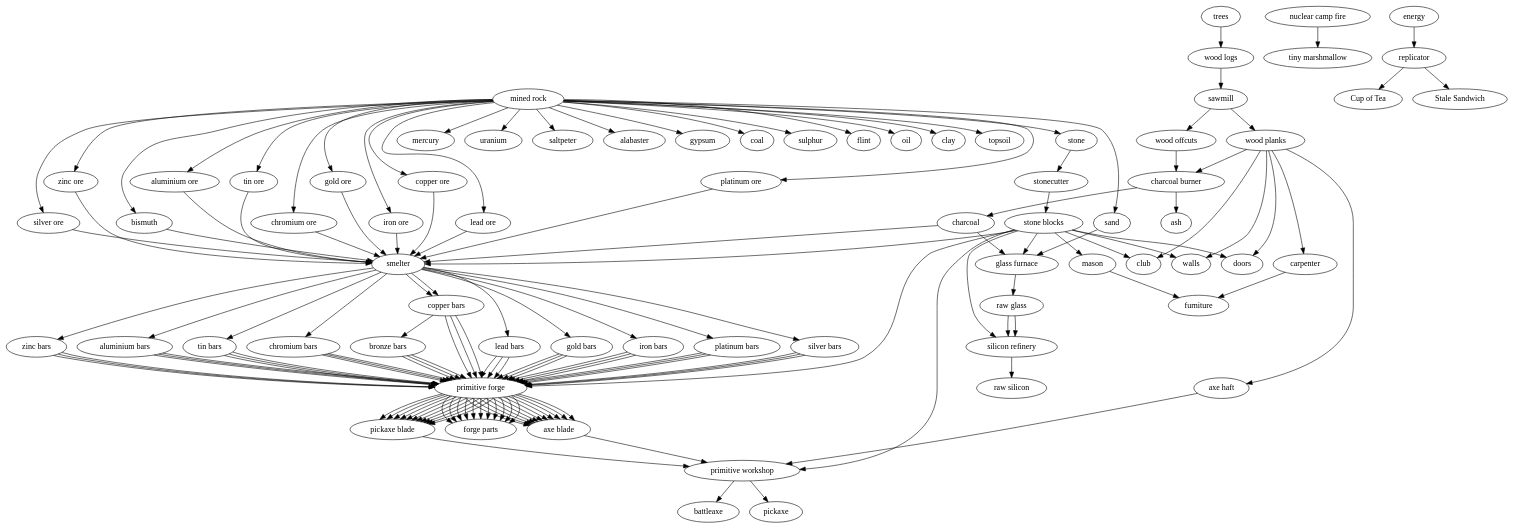
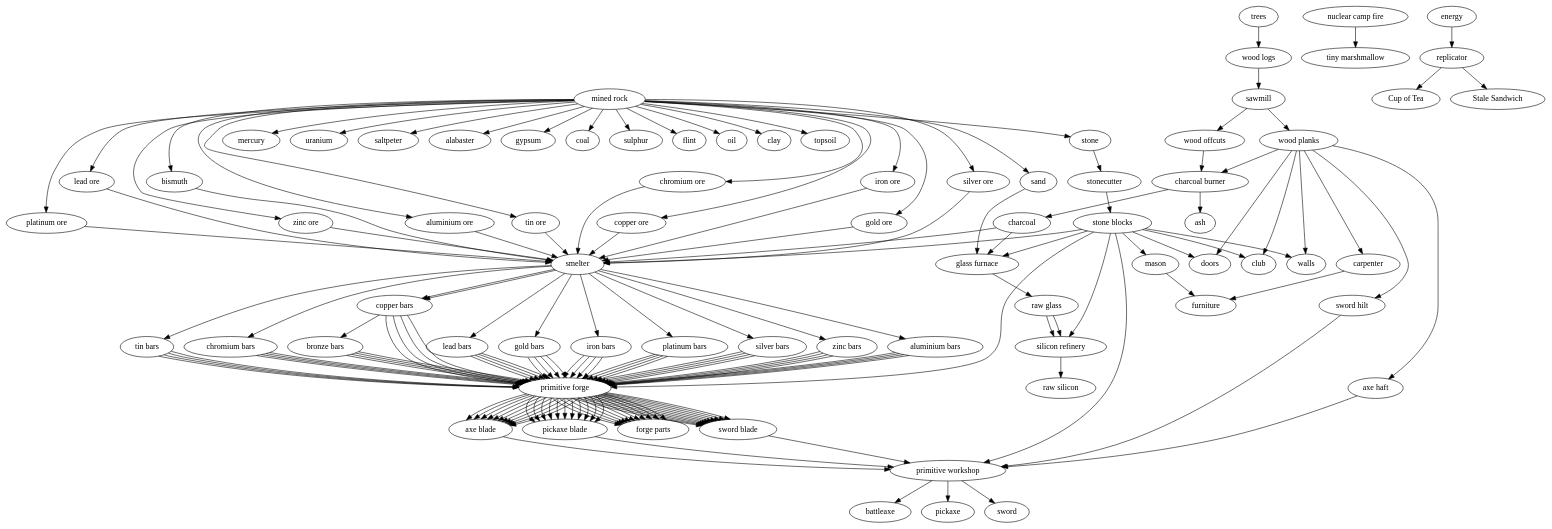
Before and after one commit to thebracket/bgame: the diagram in screenshots/tech-tree.gv, drawn with Graphviz. The commit also changed 6 other files, not shown here.

```diff
--- a/screenshots/tech-tree.gv
+++ b/screenshots/tech-tree.gv
@@ -1,112 +1,127 @@
 digraph G {
 	trees -> "wood logs" -> sawmill -> "wood planks" -> carpenter -> furniture
 	"wood planks" -> "charcoal burner"
 	"wood planks" -> walls
 	"wood planks" -> doors
 	"wood planks" -> club
 	"wood planks" -> "axe haft"
+	"wood planks" -> "sword hilt"
 	sawmill -> "wood offcuts" -> "charcoal burner" -> charcoal
 	"charcoal burner" -> ash
 
 	stone -> stonecutter -> "stone blocks" -> mason -> furniture
 	"stone blocks" -> "glass furnace"
 	"stone blocks" -> smelter
 	"stone blocks" -> walls
 	"stone blocks" -> doors
 	"stone blocks" -> club
 
 	sand -> "glass furnace" -> "raw glass"
 	"raw glass" -> "silicon refinery"
 	"stone blocks" -> "silicon refinery"
 	"raw glass" -> "silicon refinery" -> "raw silicon"
 
 	charcoal -> smelter
 	charcoal -> "glass furnace"
 
 	"stone blocks" -> "primitive forge"
 	"stone blocks" -> "primitive workshop"
 
 	"mined rock" -> stone
 	"mined rock" -> "aluminium ore"
 	"mined rock" -> "tin ore"
 	"mined rock" -> "chromium ore"
 	"mined rock" -> "copper ore"
 	"mined rock" -> "lead ore"
 	"mined rock" -> "gold ore"
 	"mined rock" -> "iron ore"
 	"mined rock" -> "platinum ore"
 	"mined rock" -> "silver ore"
 	"mined rock" -> "zinc ore"
 	"mined rock" -> bismuth
 	"mined rock" -> mercury
 	"mined rock" -> uranium
 	"mined rock" -> saltpeter
 	"mined rock" -> alabaster
 	"mined rock" -> gypsum
 	"mined rock" -> coal
 	"mined rock" -> sulphur
 	"mined rock" -> flint
 	"mined rock" -> sand
 	"mined rock" -> oil
 	"mined rock" -> clay
 	"mined rock" -> topsoil
 
 	"aluminium ore" -> smelter -> "aluminium bars"
 	"tin ore" -> smelter -> "tin bars"
 	"chromium ore" -> smelter -> "chromium bars"
 	"copper ore" -> smelter -> "copper bars"
 	"lead ore" -> smelter -> "lead bars"
 	"gold ore" -> smelter -> "gold bars"
 	"iron ore" -> smelter -> "iron bars"
 	"platinum ore" -> smelter -> "platinum bars"
 	"silver ore" -> smelter -> "silver bars"
 	"zinc ore" -> smelter -> "zinc bars"
 
 	bismuth -> smelter -> "copper bars" -> "bronze bars"
 
 	"nuclear camp fire" -> "tiny marshmallow"
 
 	energy -> replicator
 	replicator -> "Cup of Tea"
 	replicator -> "Stale Sandwich"
 
 	"aluminium bars" -> "primitive forge" -> "axe blade"
 	"tin bars" -> "primitive forge" -> "axe blade"
 	"chromium bars" -> "primitive forge" -> "axe blade"
 	"copper bars" -> "primitive forge" -> "axe blade"
 	"lead bars" -> "primitive forge" -> "axe blade"
 	"gold bars" -> "primitive forge" -> "axe blade"
 	"iron bars" -> "primitive forge" -> "axe blade"
 	"platinum bars" -> "primitive forge" -> "axe blade"
 	"silver bars" -> "primitive forge" -> "axe blade"
 	"zinc bars" -> "primitive forge" -> "axe blade"
 	"bronze bars" -> "primitive forge" -> "axe blade"
 
 	"aluminium bars" -> "primitive forge" -> "pickaxe blade"
 	"tin bars" -> "primitive forge" -> "pickaxe blade"
 	"chromium bars" -> "primitive forge" -> "pickaxe blade"
 	"copper bars" -> "primitive forge" -> "pickaxe blade"
 	"lead bars" -> "primitive forge" -> "pickaxe blade"
 	"gold bars" -> "primitive forge" -> "pickaxe blade"
 	"iron bars" -> "primitive forge" -> "pickaxe blade"
 	"platinum bars" -> "primitive forge" -> "pickaxe blade"
 	"silver bars" -> "primitive forge" -> "pickaxe blade"
 	"zinc bars" -> "primitive forge" -> "pickaxe blade"
 	"bronze bars" -> "primitive forge" -> "pickaxe blade"
 
+	"aluminium bars" -> "primitive forge" -> "sword blade"
+	"tin bars" -> "primitive forge" -> "sword blade"
+	"chromium bars" -> "primitive forge" -> "sword blade"
+	"copper bars" -> "primitive forge" -> "sword blade"
+	"lead bars" -> "primitive forge" -> "sword blade"
+	"gold bars" -> "primitive forge" -> "sword blade"
+	"iron bars" -> "primitive forge" -> "sword blade"
+	"platinum bars" -> "primitive forge" -> "sword blade"
+	"silver bars" -> "primitive forge" -> "sword blade"
+	"zinc bars" -> "primitive forge" -> "sword blade"
+	"bronze bars" -> "primitive forge" -> "sword blade"
+
 	"axe blade" -> "primitive workshop" -> battleaxe
 	"axe haft" -> "primitive workshop"
 	"pickaxe blade" -> "primitive workshop" -> pickaxe
+	"sword blade" -> "primitive workshop" -> sword
+	"sword hilt" -> "primitive workshop"
 
 	"aluminium bars" -> "primitive forge" -> "forge parts"
 	"tin bars" -> "primitive forge" -> "forge parts"
 	"chromium bars" -> "primitive forge" -> "forge parts"
 	"copper bars" -> "primitive forge" -> "forge parts"
 	"lead bars" -> "primitive forge" -> "forge parts"
 	"gold bars" -> "primitive forge" -> "forge parts"
 	"iron bars" -> "primitive forge" -> "forge parts"
 	"platinum bars" -> "primitive forge" -> "forge parts"
 	"silver bars" -> "primitive forge" -> "forge parts"
 	"zinc bars" -> "primitive forge" -> "forge parts"
 	"bronze bars" -> "primitive forge" -> "forge parts"
 }
```
